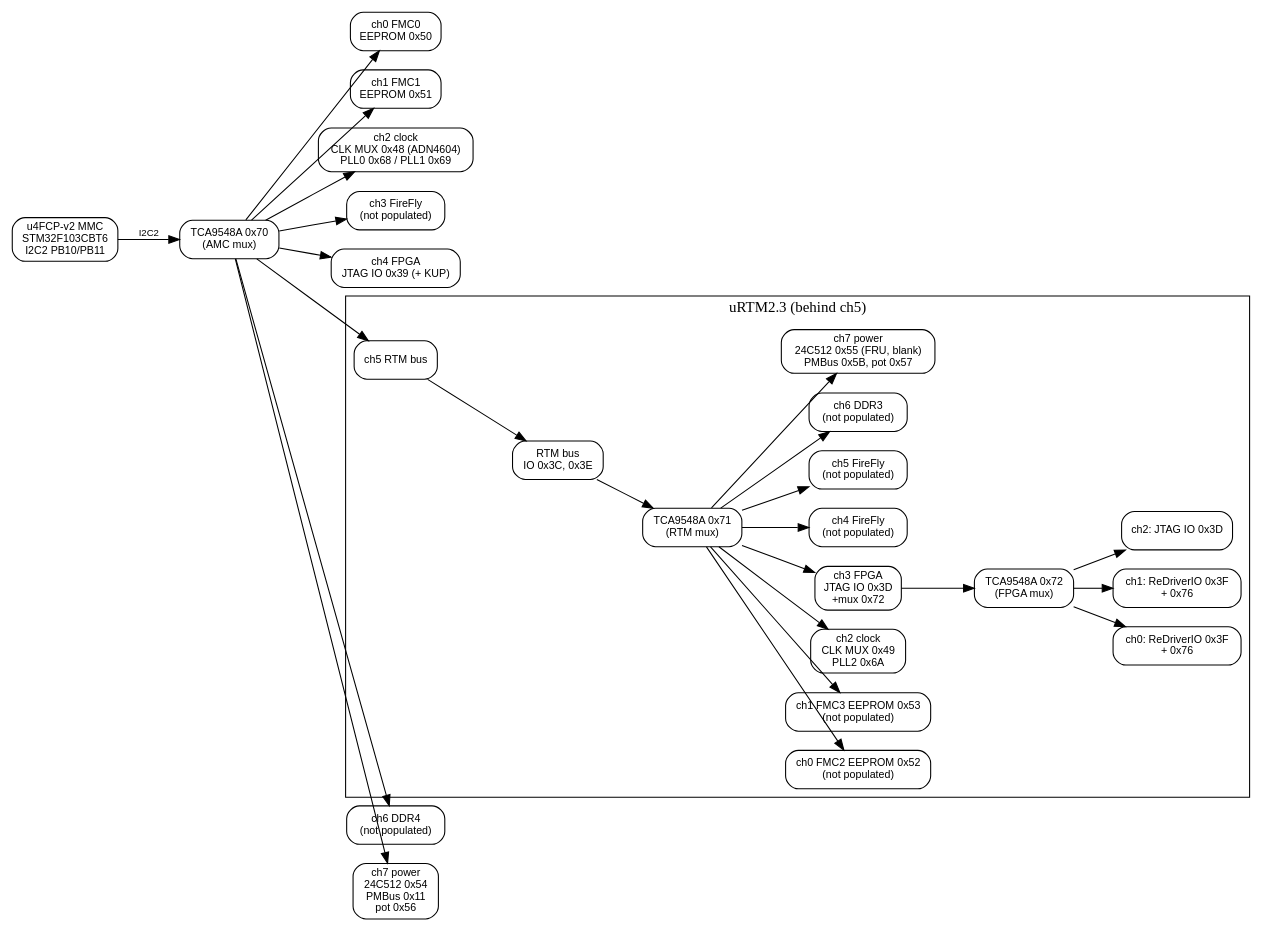
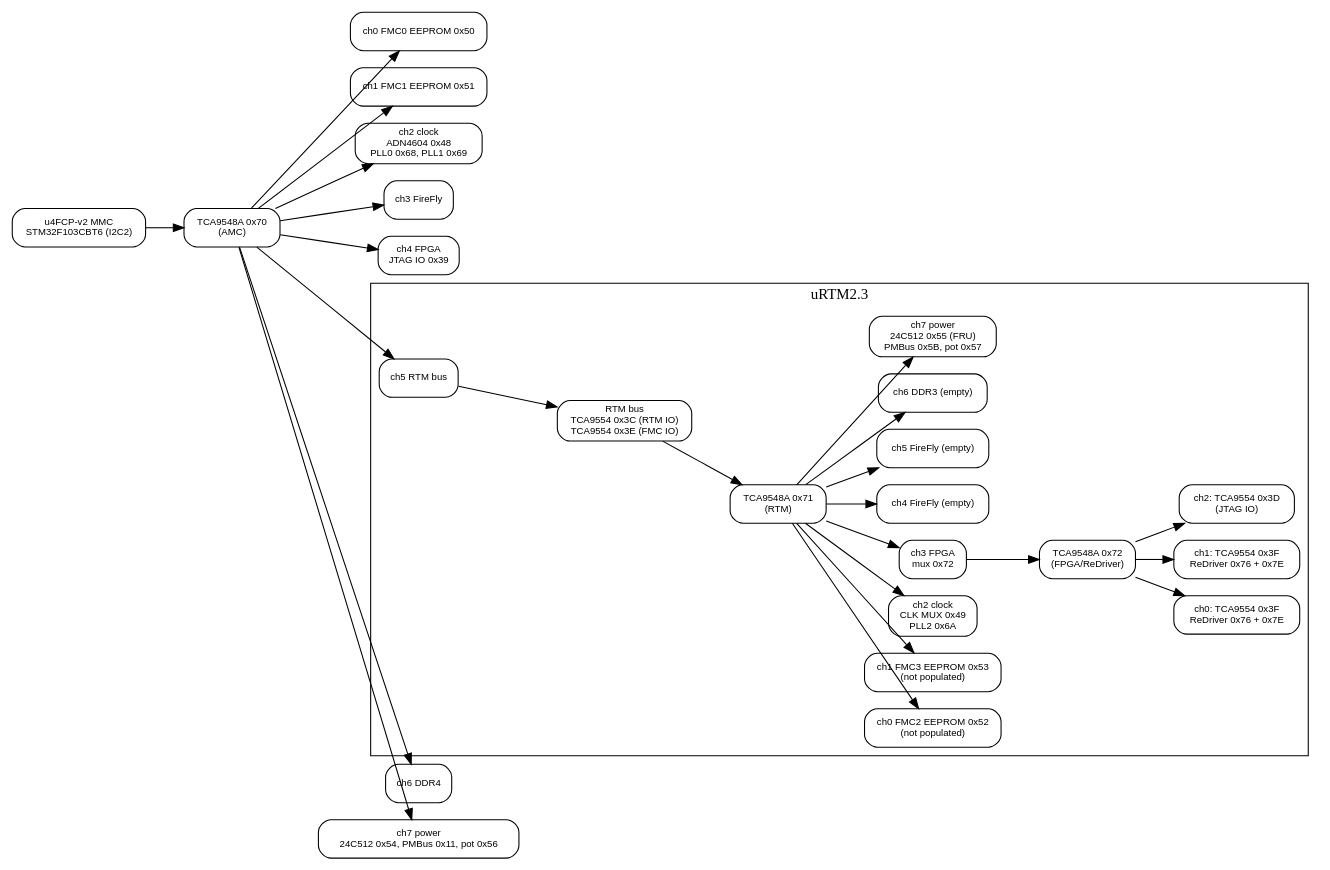
Before and after one commit to palzhj/openMMC_uFC: the diagram in docs/u4fcp-v2-i2c-map.dot, drawn with Graphviz. The commit also changed 2 other files, not shown here.

Commit message:
docs: update the I2C tree with the complete uRTM2.3 topology
0x71 -> ch2 CLK 0x49/PLL2 0x6A, ch3 mux 0x72, ch7 24C512 0x55/PMBus 0x5B/pot
0x57; 0x72 -> ch0/ch1: TCA9554 0x3F + ReDriver 0x76/0x7E, ch2: TCA9554
0x3D (JTAG IO); RTM bus: TCA9554 0x3C/0x3E.

```diff
--- a/docs/u4fcp-v2-i2c-map.dot
+++ b/docs/u4fcp-v2-i2c-map.dot
@@ -1,44 +1,37 @@
 digraph i2c {
-  rankdir=LR; bgcolor="white"; splines=false; nodesep=0.25;
-  node [shape=box, style="rounded", fontname="Helvetica", fontsize=10];
-  edge [fontname="Helvetica", fontsize=9];
+  rankdir=LR; bgcolor="white"; splines=false; nodesep=0.22;
+  node [shape=box, style="rounded", fontname="Helvetica", fontsize=9];
+  edge [fontname="Helvetica", fontsize=8];
 
-  mcu [label="u4FCP-v2 MMC\nSTM32F103CBT6\nI2C2 PB10/PB11"];
-  amux [label="TCA9548A 0x70\n(AMC mux)"];
-  mcu -> amux [label="I2C2"];
-
-  ch0 [label="ch0 FMC0\nEEPROM 0x50"];
-  ch1 [label="ch1 FMC1\nEEPROM 0x51"];
-  ch2 [label="ch2 clock\nCLK MUX 0x48 (ADN4604)\nPLL0 0x68 / PLL1 0x69"];
-  ch3 [label="ch3 FireFly\n(not populated)"];
-  ch4 [label="ch4 FPGA\nJTAG IO 0x39 (+ KUP)"];
-  ch5 [label="ch5 RTM bus"];
-  ch6 [label="ch6 DDR4\n(not populated)"];
-  ch7 [label="ch7 power\n24C512 0x54\nPMBus 0x11\npot 0x56"];
-  amux -> ch0; amux -> ch1; amux -> ch2; amux -> ch3; amux -> ch4; amux -> ch5; amux -> ch6; amux -> ch7;
+  mcu [label="u4FCP-v2 MMC\nSTM32F103CBT6 (I2C2)"];
+  amux [label="TCA9548A 0x70\n(AMC)"];
+  mcu -> amux;
+  a0 [label="ch0 FMC0 EEPROM 0x50"]; a1 [label="ch1 FMC1 EEPROM 0x51"];
+  a2 [label="ch2 clock\nADN4604 0x48\nPLL0 0x68, PLL1 0x69"];
+  a3 [label="ch3 FireFly" ]; a4 [label="ch4 FPGA\nJTAG IO 0x39"];
+  a5 [label="ch5 RTM bus"]; a6 [label="ch6 DDR4"]; a7 [label="ch7 power\n24C512 0x54, PMBus 0x11, pot 0x56"];
+  amux -> a0; amux -> a1; amux -> a2; amux -> a3; amux -> a4; amux -> a5; amux -> a6; amux -> a7;
 
   subgraph cluster_rtm {
-    label="uRTM2.3 (behind ch5)";
-    busnode [label="RTM bus\nIO 0x3C, 0x3E"];
-    rmux [label="TCA9548A 0x71\n(RTM mux)"];
-    ch5 -> busnode;
-    busnode -> rmux;
-
+    label="uRTM2.3";
+    rbus [label="RTM bus\nTCA9554 0x3C (RTM IO)\nTCA9554 0x3E (FMC IO)"];
+    rmux [label="TCA9548A 0x71\n(RTM)"];
+    a5 -> rbus -> rmux;
     r0 [label="ch0 FMC2 EEPROM 0x52\n(not populated)"];
     r1 [label="ch1 FMC3 EEPROM 0x53\n(not populated)"];
     r2 [label="ch2 clock\nCLK MUX 0x49\nPLL2 0x6A"];
-    r3 [label="ch3 FPGA\nJTAG IO 0x3D\n+mux 0x72"];
-    r4 [label="ch4 FireFly\n(not populated)"];
-    r5 [label="ch5 FireFly\n(not populated)"];
-    r6 [label="ch6 DDR3\n(not populated)"];
-    r7 [label="ch7 power\n24C512 0x55 (FRU, blank)\nPMBus 0x5B, pot 0x57"];
-    rmux -> r0; rmux -> r1; rmux -> r2; rmux -> r3; rmux -> r4; rmux -> r5; rmux -> r6; rmux -> r7;
+    r3 [label="ch3 FPGA\nmux 0x72"];
+    r4 [label="ch4 FireFly (empty)"]; r5 [label="ch5 FireFly (empty)"];
+    r6 [label="ch6 DDR3 (empty)"];
+    r7 [label="ch7 power\n24C512 0x55 (FRU)\nPMBus 0x5B, pot 0x57"];
+    rmux -> r0; rmux -> r1; rmux -> r2; rmux -> r3;
+    rmux -> r4; rmux -> r5; rmux -> r6; rmux -> r7;
 
-    fmux [label="TCA9548A 0x72\n(FPGA mux)"];
+    fmux [label="TCA9548A 0x72\n(FPGA/ReDriver)"];
     r3 -> fmux;
-    f0 [label="ch0: ReDriverIO 0x3F\n+ 0x76"];
-    f1 [label="ch1: ReDriverIO 0x3F\n+ 0x76"];
-    f2 [label="ch2: JTAG IO 0x3D"];
+    f0 [label="ch0: TCA9554 0x3F\nReDriver 0x76 + 0x7E"];
+    f1 [label="ch1: TCA9554 0x3F\nReDriver 0x76 + 0x7E"];
+    f2 [label="ch2: TCA9554 0x3D\n(JTAG IO)"];
     fmux -> f0; fmux -> f1; fmux -> f2;
   }
 }
```
